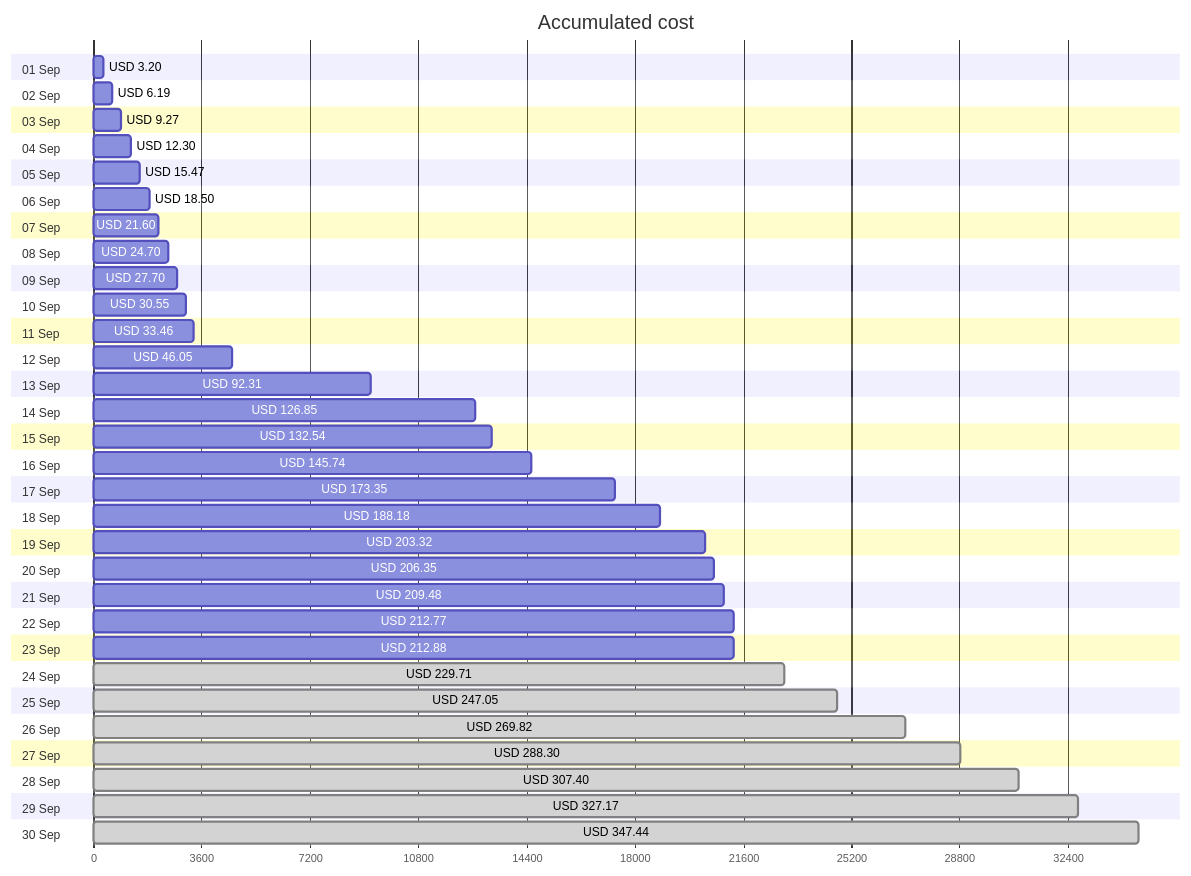
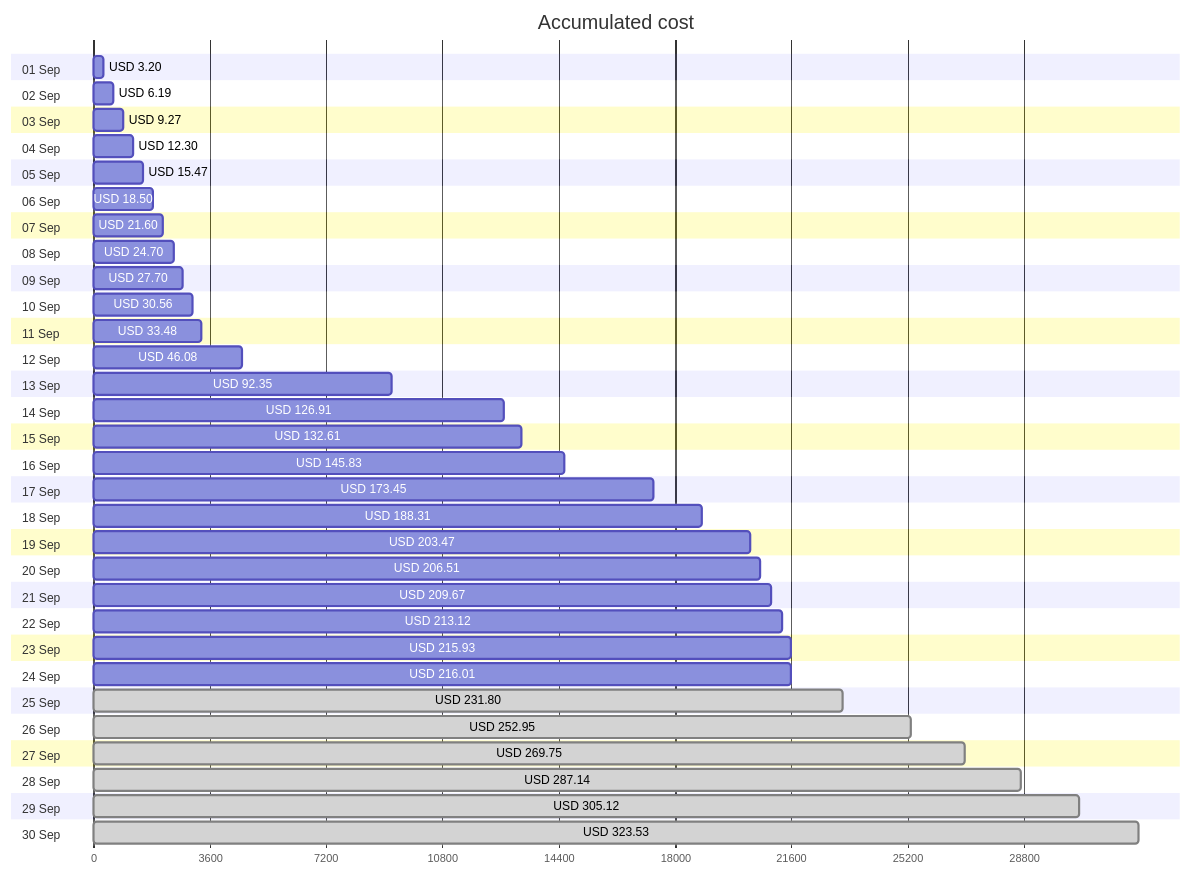
The first of 4 diagrams in cost-reports/personal-network/README.md (jpfulton/azure-personal-reports), drawn with Mermaid before and after one commit. The commit also changed other lines of this file and 9 other files, not shown here.

````diff
--- a/cost-reports/personal-network/README.md
+++ b/cost-reports/personal-network/README.md
@@ -20,66 +20,66 @@
 ```mermaid
 gantt
    title Accumulated cost
    dateFormat  X
    axisFormat %s
    section 01 Sep
    USD 3.20 :0, 320
    section 02 Sep
    USD 6.19 :0, 619
    section 03 Sep
    USD 9.27 :0, 927
    section 04 Sep
    USD 12.30 :0, 1230
    section 05 Sep
    USD 15.47 :0, 1547
    section 06 Sep
    USD 18.50 :0, 1850
    section 07 Sep
    USD 21.60 :0, 2160
    section 08 Sep
    USD 24.70 :0, 2470
    section 09 Sep
    USD 27.70 :0, 2770
    section 10 Sep
-   USD 30.55 :0, 3055
+   USD 30.56 :0, 3056
    section 11 Sep
-   USD 33.46 :0, 3346
+   USD 33.48 :0, 3348
    section 12 Sep
-   USD 46.05 :0, 4605
+   USD 46.08 :0, 4608
    section 13 Sep
-   USD 92.31 :0, 9231
+   USD 92.35 :0, 9235
    section 14 Sep
-   USD 126.85 :0, 12685
+   USD 126.91 :0, 12691
    section 15 Sep
-   USD 132.54 :0, 13254
+   USD 132.61 :0, 13261
    section 16 Sep
-   USD 145.74 :0, 14574
+   USD 145.83 :0, 14583
    section 17 Sep
-   USD 173.35 :0, 17335
+   USD 173.45 :0, 17345
    section 18 Sep
-   USD 188.18 :0, 18818
+   USD 188.31 :0, 18831
    section 19 Sep
-   USD 203.32 :0, 20332
+   USD 203.47 :0, 20347
    section 20 Sep
-   USD 206.35 :0, 20635
+   USD 206.51 :0, 20651
    section 21 Sep
-   USD 209.48 :0, 20948
+   USD 209.67 :0, 20967
    section 22 Sep
-   USD 212.77 :0, 21277
+   USD 213.12 :0, 21312
    section 23 Sep
-   USD 212.88 :0, 21288
+   USD 215.93 :0, 21593
    section 24 Sep
-   USD 229.71 : done, 0, 22971
+   USD 216.01 :0, 21601
    section 25 Sep
-   USD 247.05 : done, 0, 24705
+   USD 231.80 : done, 0, 23180
    section 26 Sep
-   USD 269.82 : done, 0, 26982
+   USD 252.95 : done, 0, 25295
    section 27 Sep
-   USD 288.30 : done, 0, 28830
+   USD 269.75 : done, 0, 26975
    section 28 Sep
-   USD 307.40 : done, 0, 30740
+   USD 287.14 : done, 0, 28714
    section 29 Sep
-   USD 327.17 : done, 0, 32717
+   USD 305.12 : done, 0, 30512
    section 30 Sep
-   USD 347.44 : done, 0, 34744
+   USD 323.53 : done, 0, 32353
 ```
````
